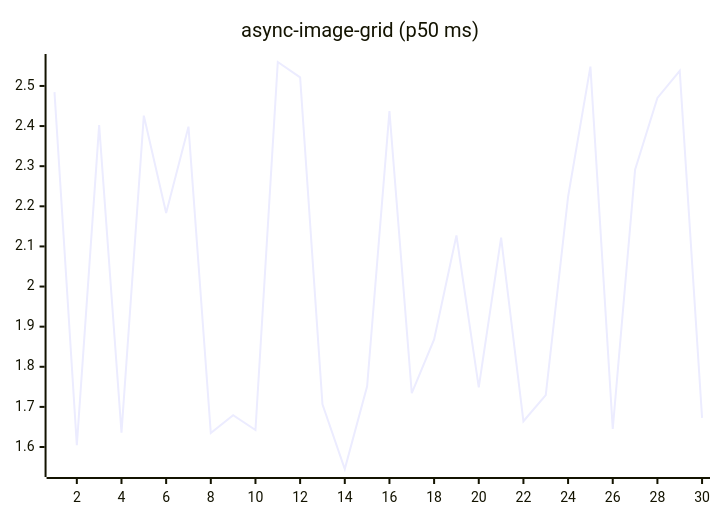
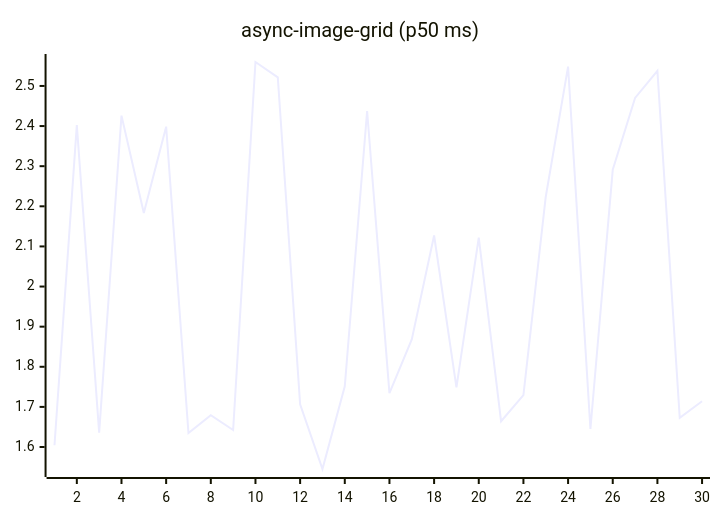
One commit to josha/Facet changed the fifth of 27 diagrams in README.md. Above: the diagram before and after it, drawn with Mermaid. The commit also changed other lines of this file and 2 other files, not shown here.

````diff
--- a/README.md
+++ b/README.md
@@ -91,6 +91,6 @@
 ```mermaid
 xychart-beta
     title "async-image-grid (p50 ms)"
     x-axis 1 --> 30
-    line [2.4847, 1.6045, 2.4025, 1.6357, 2.4260, 2.1835, 2.3985, 1.6346, 1.6792, 1.6424, 2.5597, 2.5214, 1.7066, 1.5452, 1.7512, 2.4372, 1.7341, 1.8684, 2.1272, 1.7487, 2.1221, 1.6642, 1.7295, 2.2238, 2.5483, 1.6449, 2.2910, 2.4702, 2.5376, 1.6727]
+    line [1.6045, 2.4025, 1.6357, 2.4260, 2.1835, 2.3985, 1.6346, 1.6792, 1.6424, 2.5597, 2.5214, 1.7066, 1.5452, 1.7512, 2.4372, 1.7341, 1.8684, 2.1272, 1.7487, 2.1221, 1.6642, 1.7295, 2.2238, 2.5483, 1.6449, 2.2910, 2.4702, 2.5376, 1.6727, 1.7140]
 ```
````
